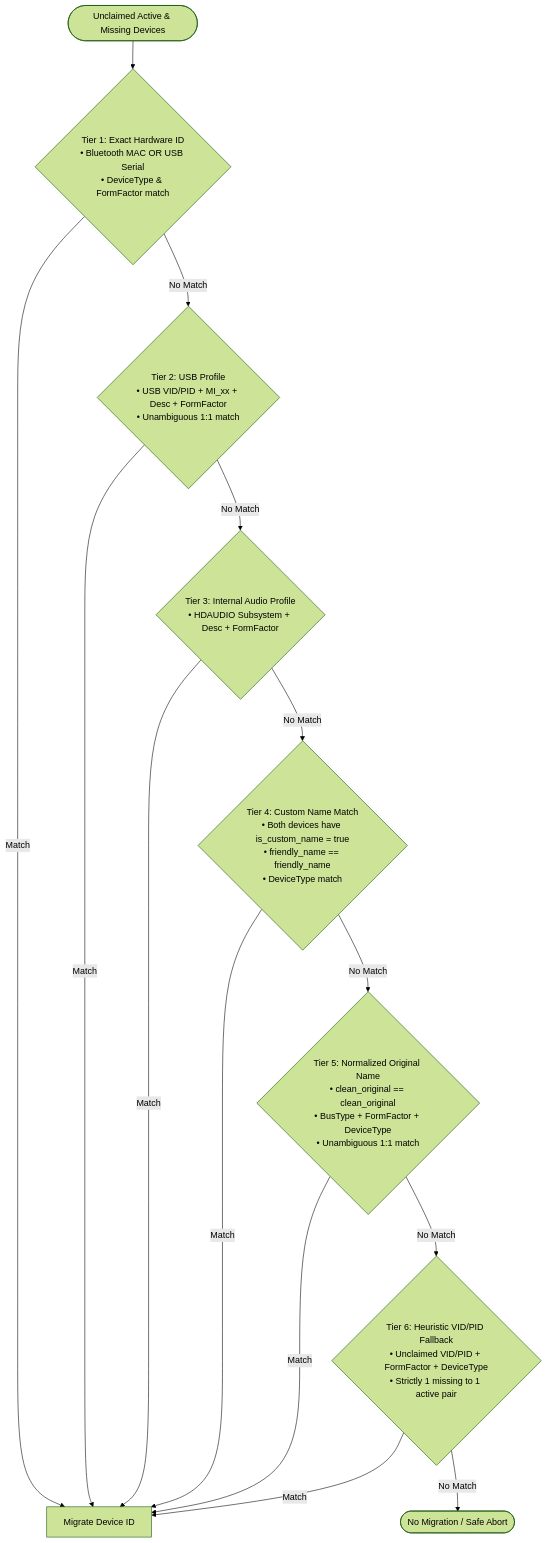
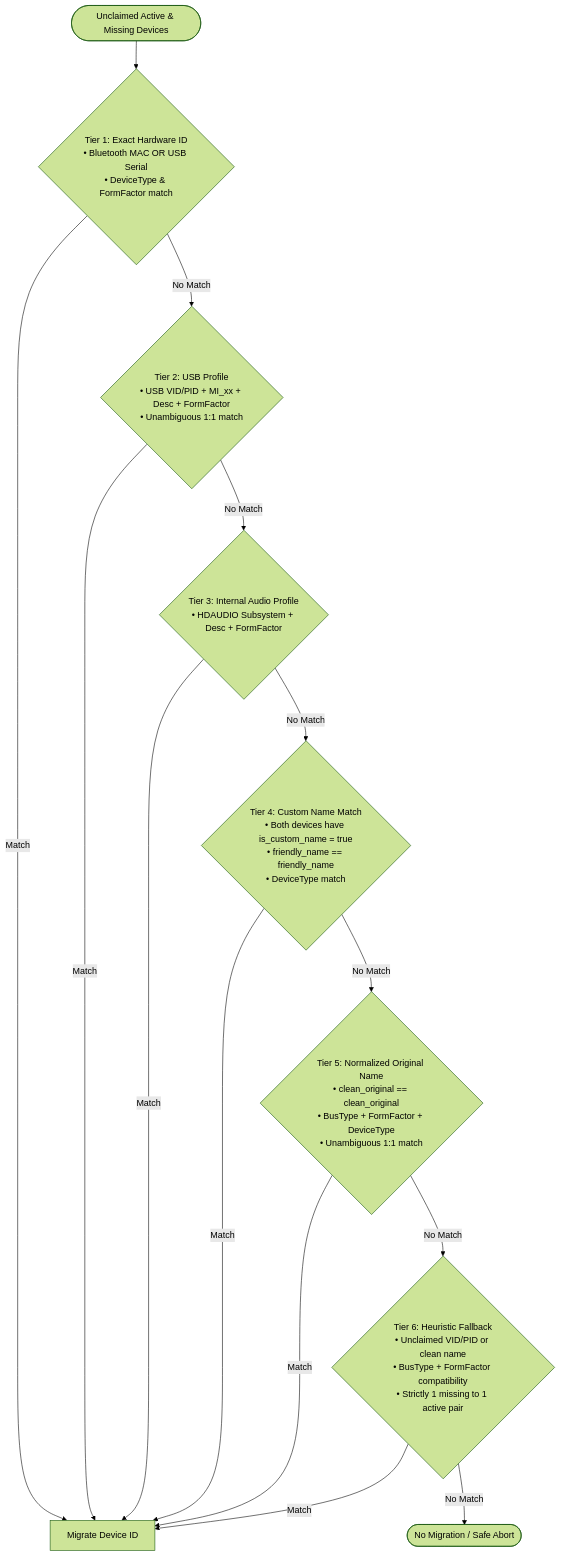
One commit to felipecrs/volume-locker changed the seventh of 9 diagrams in docs/device-id-migration.md. Above: the diagram before and after it, drawn with Mermaid (forest theme). The commit also changed other lines of this file and 3 other files, not shown here.

First line of the commit message:
docs: update README and architecture docs with migration rules, untrack release notes

````diff
--- a/docs/device-id-migration.md
+++ b/docs/device-id-migration.md
@@ -161,28 +166,28 @@
 ```mermaid
 flowchart TD
     START([Unclaimed Active & Missing Devices]) --> T1
 
     T1{"Tier 1: Exact Hardware ID<br/>• Bluetooth MAC OR USB Serial<br/>• DeviceType & FormFactor match"}
     T1 -->|Match| MIGRATE[Migrate Device ID]
     T1 -->|No Match| T2
 
     T2{"Tier 2: USB Profile<br/>• USB VID/PID + MI_xx + Desc + FormFactor<br/>• Unambiguous 1:1 match"}
     T2 -->|Match| MIGRATE
     T2 -->|No Match| T3
 
     T3{"Tier 3: Internal Audio Profile<br/>• HDAUDIO Subsystem + Desc + FormFactor"}
     T3 -->|Match| MIGRATE
     T3 -->|No Match| T4
 
     T4{"Tier 4: Custom Name Match<br/>• Both devices have is_custom_name = true<br/>• friendly_name == friendly_name<br/>• DeviceType match"}
     T4 -->|Match| MIGRATE
     T4 -->|No Match| T5
 
     T5{"Tier 5: Normalized Original Name<br/>• clean_original == clean_original<br/>• BusType + FormFactor + DeviceType<br/>• Unambiguous 1:1 match"}
     T5 -->|Match| MIGRATE
     T5 -->|No Match| T6
 
-    T6{"Tier 6: Heuristic VID/PID Fallback<br/>• Unclaimed VID/PID + FormFactor + DeviceType<br/>• Strictly 1 missing to 1 active pair"}
+    T6{"Tier 6: Heuristic Fallback<br/>• Unclaimed VID/PID or clean name<br/>• BusType + FormFactor compatibility<br/>• Strictly 1 missing to 1 active pair"}
     T6 -->|Match| MIGRATE
     T6 -->|No Match| NONE([No Migration / Safe Abort])
 ```
````
